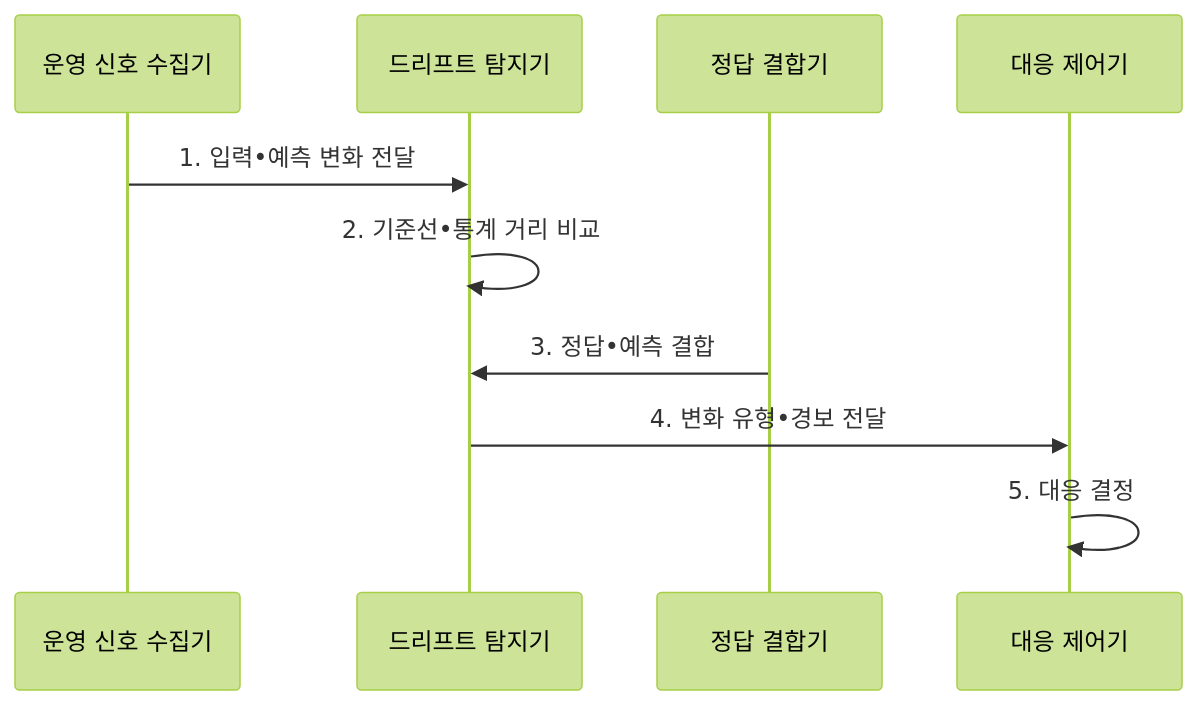
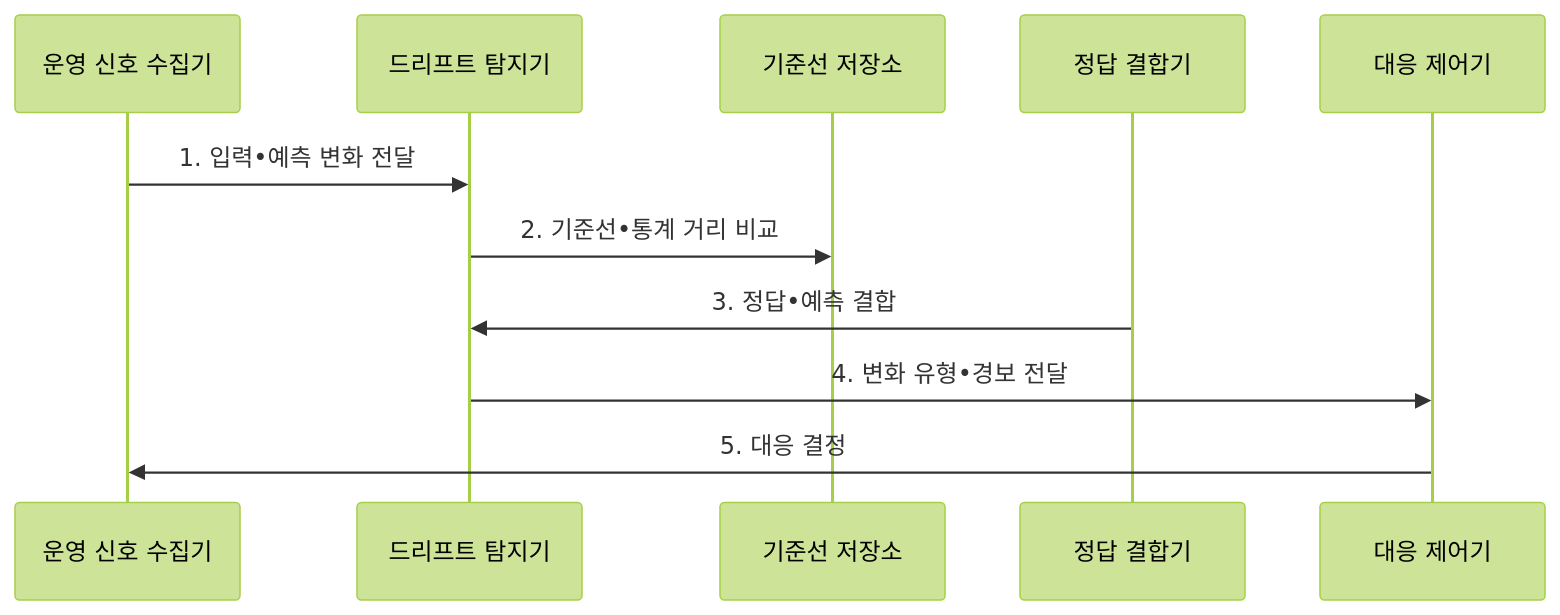
Before and after one commit to agnusdei1207/knowledge-base: the second of 2 diagrams in src/content/docs/notes/03-software/206_model_monitoring_drift_detection.md, drawn with Mermaid (forest theme). The commit also changed other lines of this file and 14 other files, not shown here.

````diff
--- a/src/content/docs/notes/03-software/206_model_monitoring_drift_detection.md
+++ b/src/content/docs/notes/03-software/206_model_monitoring_drift_detection.md
@@ -108,13 +108,14 @@
 ```mermaid
 sequenceDiagram
     participant O as 운영 신호 수집기
     participant D as 드리프트 탐지기
+    participant B as 기준선 저장소
     participant L as 정답 결합기
     participant R as 대응 제어기
     O->>D: 1. 입력•예측 변화 전달
-    D->>D: 2. 기준선•통계 거리 비교
+    D->>B: 2. 기준선•통계 거리 비교
     L->>D: 3. 정답•예측 결합
     D->>R: 4. 변화 유형•경보 전달
-    R->>R: 5. 대응 결정
+    R->>O: 5. 대응 결정
 
 ```
````
